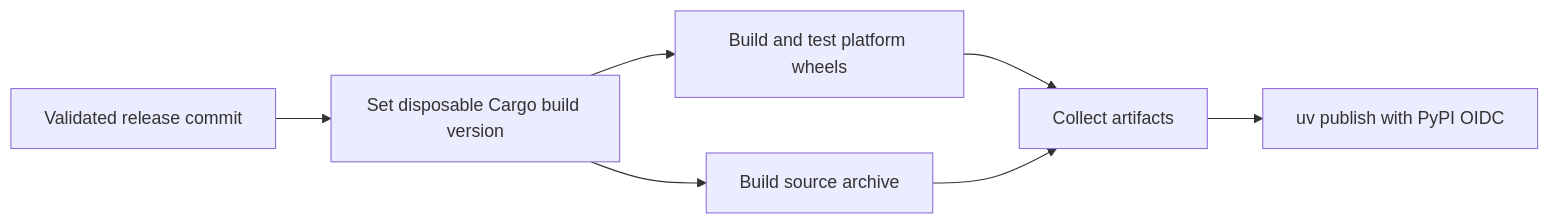
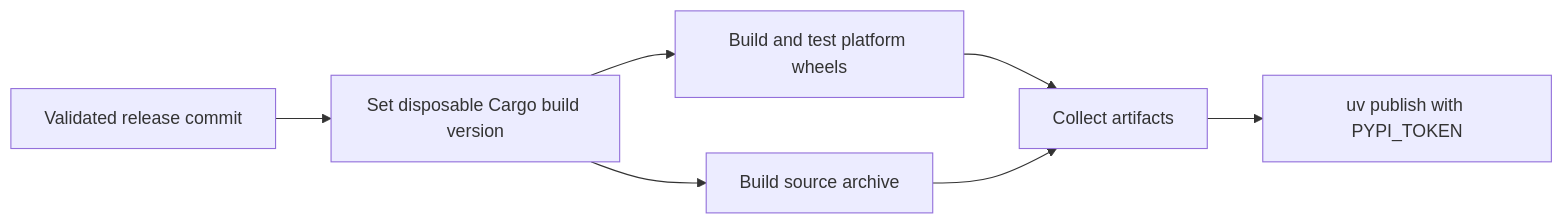
One commit to narumiruna/changenote changed the diagram in python/README.md. Above: the diagram before and after it, drawn with Mermaid. The commit also changed other lines of this file and 4 other files, not shown here.

Commit message:
fix(release): publish to PyPI with API token

````diff
--- a/python/README.md
+++ b/python/README.md
@@ -48,9 +48,9 @@
 ```mermaid
 flowchart LR
     A[Validated release commit] --> B[Set disposable Cargo build version]
     B --> C[Build and test platform wheels]
     B --> D[Build source archive]
     C --> E[Collect artifacts]
     D --> E
-    E --> F[uv publish with PyPI OIDC]
+    E --> F[uv publish with PYPI_TOKEN]
 ```
````
